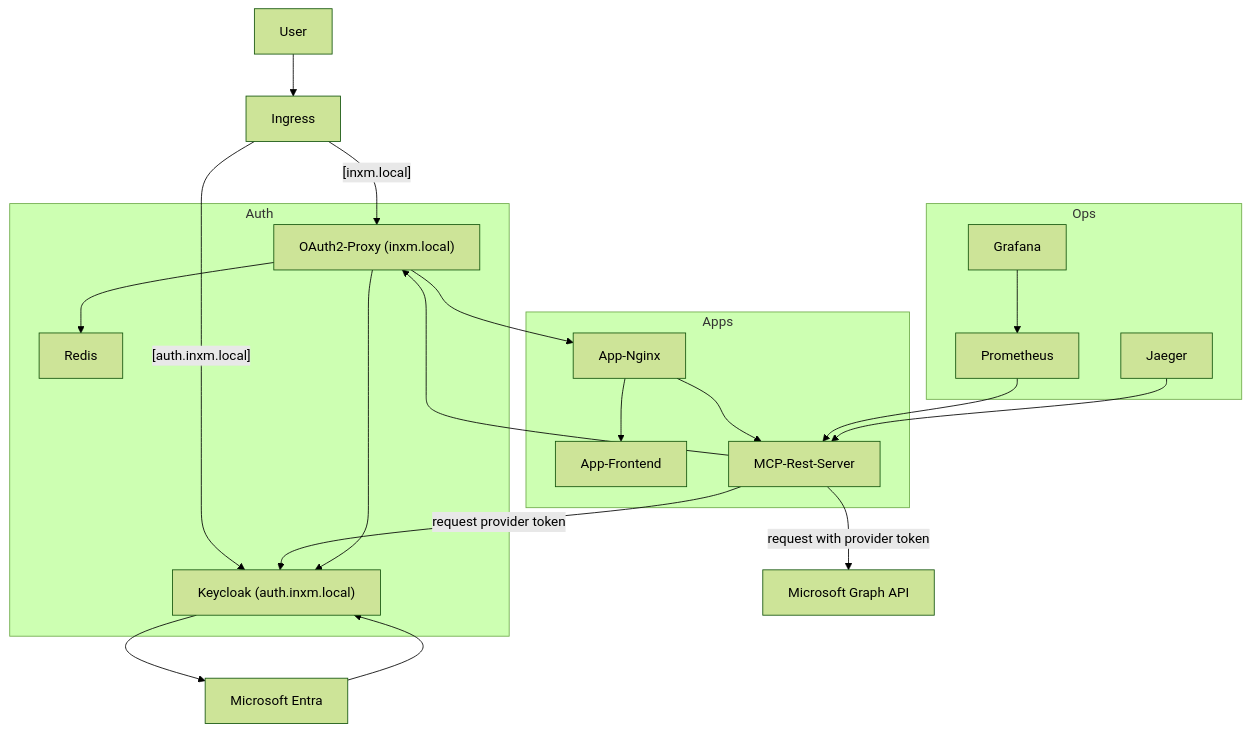
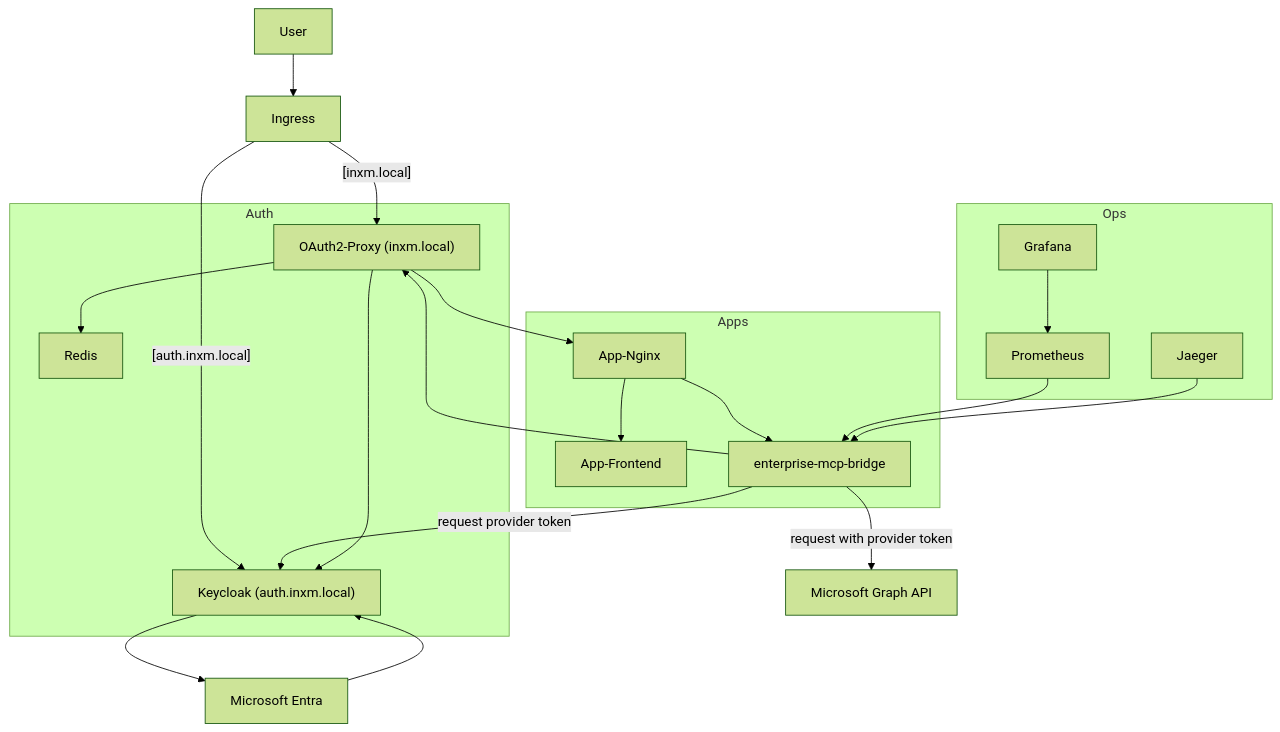
The first of 3 diagrams in example/token-exchange-m365/README.md (inxm-ai/enterprise-mcp-bridge), drawn with Mermaid (forest theme) before and after one commit. The commit also changed other lines of this file and 10 other files, not shown here.

````diff
--- a/example/token-exchange-m365/README.md
+++ b/example/token-exchange-m365/README.md
@@ -7,41 +7,41 @@
 ```mermaid
 graph TD
     subgraph Auth
         Keycloak["Keycloak (auth.inxm.local)"]
         OAuth2Proxy["OAuth2-Proxy (inxm.local)"]
         Redis[Redis]
     end
 
     subgraph Ops
         Jaeger[Jaeger]
         Grafana[Grafana]
         Prometheus[Prometheus]
     end
 
     subgraph Apps
         AppNginx[App-Nginx]
         AppFrontend[App-Frontend]
-        AppMCPRest[MCP-Rest-Server]
+        AppMCPRest[enterprise-mcp-bridge]
     end
 
     Entra[Microsoft Entra]
     GraphAPI[Microsoft Graph API]
 
     User --> Ingress
     Ingress --[inxm.local]--> OAuth2Proxy
     Ingress --[auth.inxm.local]--> Keycloak
     AppNginx --> AppFrontend
     AppNginx --> AppMCPRest
     AppMCPRest --> OAuth2Proxy
     AppMCPRest --request provider token--> Keycloak
     OAuth2Proxy --> Keycloak
     OAuth2Proxy --> Redis
     OAuth2Proxy --> AppNginx
     Keycloak --> Entra
     Entra --> Keycloak
     AppMCPRest --request with provider token--> GraphAPI
 
     Prometheus --> AppMCPRest
     Jaeger --> AppMCPRest
     Grafana --> Prometheus
 ```
````
